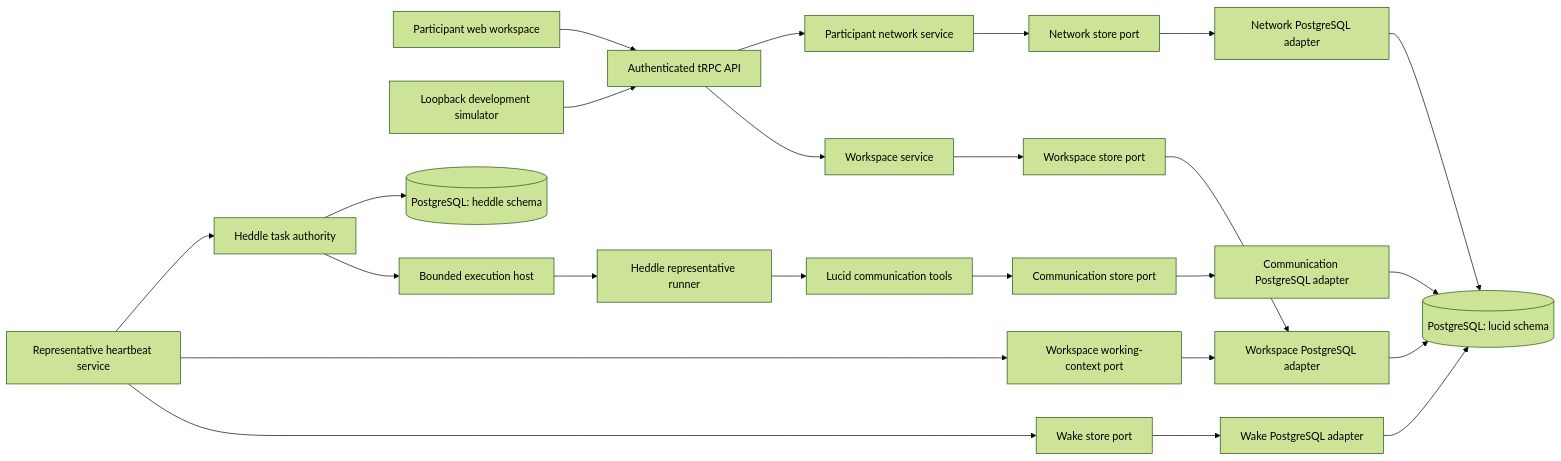
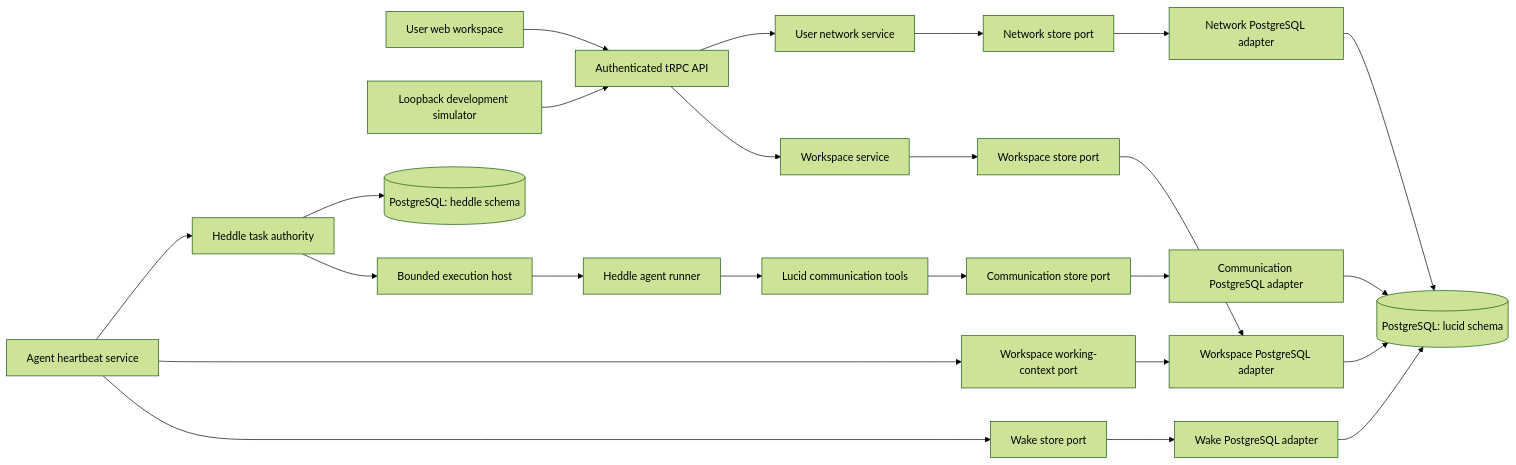
One commit to roackb2/lucid changed the diagram in docs/architecture.md. Above: the diagram before and after it, drawn with Mermaid (forest theme). The commit also changed other lines of this file and 117 other files, not shown here.

Commit message:
refactor(domain): use user and agent vocabulary

````diff
--- a/docs/architecture.md
+++ b/docs/architecture.md
@@ -8,26 +8,26 @@
 ```mermaid
 flowchart LR
-  Browser["Participant web workspace"] --> API["Authenticated tRPC API"]
+  Browser["User web workspace"] --> API["Authenticated tRPC API"]
   Simulator["Loopback development simulator"] --> API
   API --> Workspace["Workspace service"]
-  API --> Network["Participant network service"]
+  API --> Network["User network service"]
   Workspace --> WorkspaceStore["Workspace store port"]
   Network --> NetworkStore["Network store port"]
-  Heartbeat["Representative heartbeat service"] --> WakeStore["Wake store port"]
+  Heartbeat["Agent heartbeat service"] --> WakeStore["Wake store port"]
   Heartbeat --> WorkingContext["Workspace working-context port"]
   Heartbeat --> Tasks["Heddle task authority"]
   Tasks --> Host["Bounded execution host"]
-  Host --> Runner["Heddle representative runner"]
+  Host --> Runner["Heddle agent runner"]
   Runner --> Tools["Lucid communication tools"]
   Tools --> CommunicationStore["Communication store port"]
   WorkspaceStore --> WorkspaceAdapter["Workspace PostgreSQL adapter"]
   WorkingContext --> WorkspaceAdapter
   NetworkStore --> NetworkAdapter["Network PostgreSQL adapter"]
   WakeStore --> WakeAdapter["Wake PostgreSQL adapter"]
   CommunicationStore --> CommunicationAdapter["Communication PostgreSQL adapter"]
   WorkspaceAdapter --> LucidSchema[("PostgreSQL: lucid schema")]
   NetworkAdapter --> LucidSchema
   WakeAdapter --> LucidSchema
   CommunicationAdapter --> LucidSchema
   Tasks --> HeddleSchema[("PostgreSQL: heddle schema")]
 ```
````
